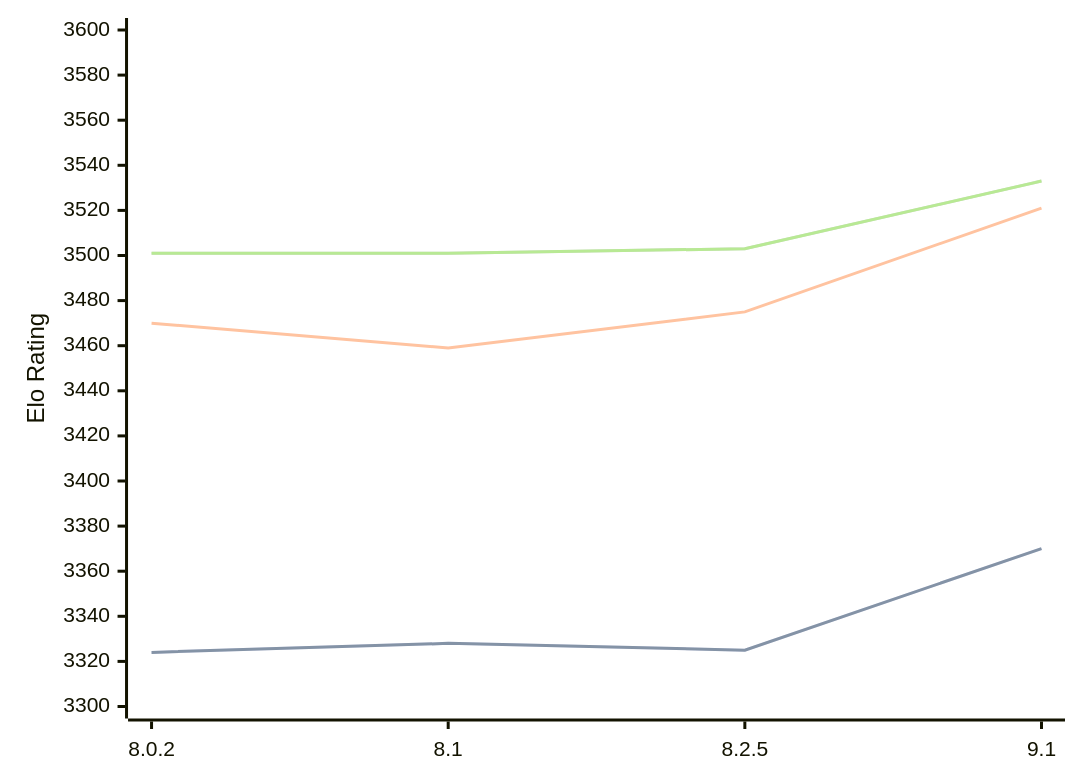
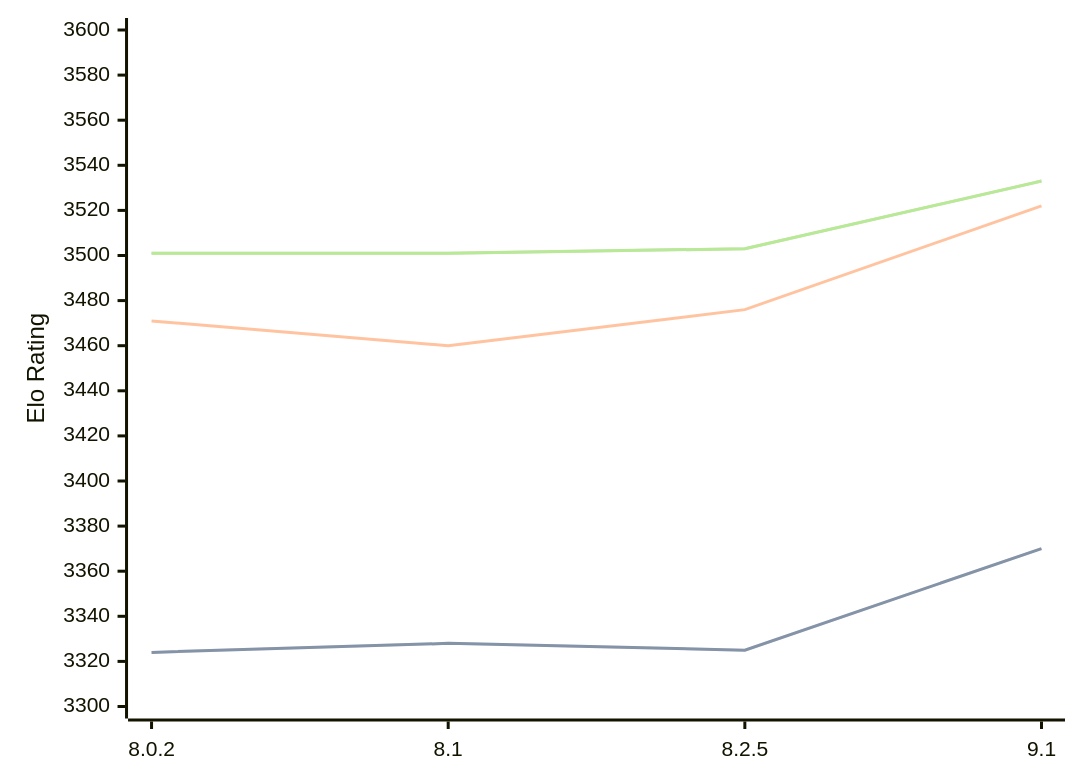
Before and after one commit to computer-chess-index/cci: the diagram in engines/Clover.md, drawn with Mermaid. The commit also changed other lines of this file, not shown here.

````diff
--- a/engines/Clover.md
+++ b/engines/Clover.md
@@ -64,11 +64,11 @@
 ```mermaid
 %%{init: {"theme":"base","themeVariables":{"seriesColors:['#a3a3a3','#222221','#faa371']}}}%%
 xychart-beta
   x-axis ["8.0.2", "8.1", "8.2.5", "9.1"]
   y-axis "Elo Rating" 3300 --> 3600
   line "STC (8.0+0.08s)" [3324, 3328, 3325, 3370]
   line "STC (8.0+0.08s)" [3324, 3328, 3325, 3370]
-  line "LTC (60.0+0.60s)" [3470, 3459, 3475, 3521]
+  line "LTC (60.0+0.60s)" [3471, 3460, 3476, 3522]
   line "VLTC (2m24s+1.12s)" [3501, 3501, 3503, 3533]
   line "VLTC (2m24s+1.12s)" [3501, 3501, 3503, 3533]
 ```
````
